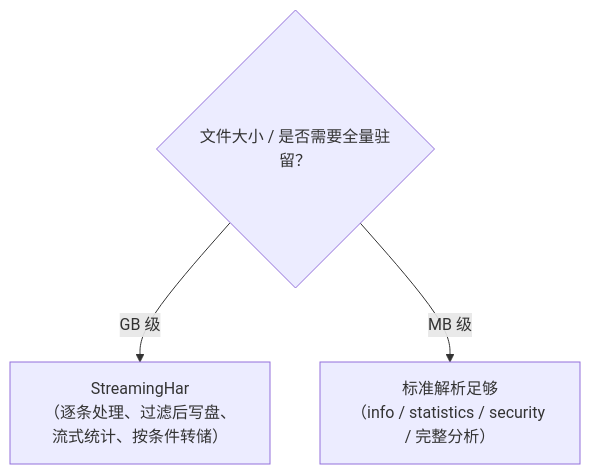
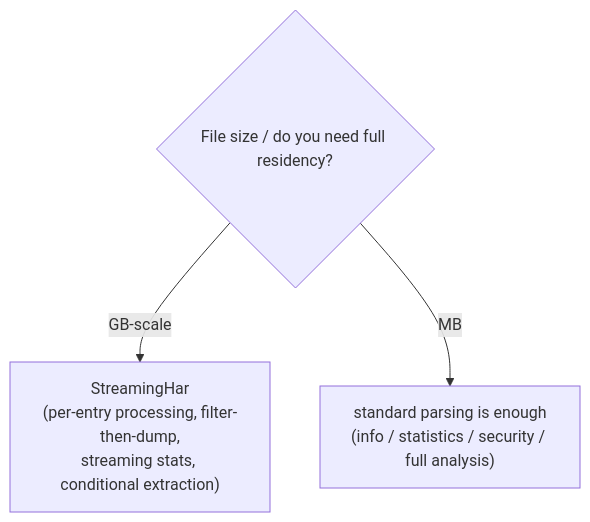
Before and after one commit to hitechcloud-vietnam/har-skills: the third of 3 diagrams in website/zh/internals/streaming.md, drawn with Mermaid. The commit also changed other lines of this file and 97 other files, not shown here.

````diff
--- a/website/zh/internals/streaming.md
+++ b/website/zh/internals/streaming.md
@@ -241,6 +241,6 @@
 ```mermaid
 flowchart TD
-  Q1{"文件大小 / 是否需要全量驻留？"}
-  Q1 -->|"GB 级"| STREAM["StreamingHar<br/>（逐条处理、过滤后写盘、流式统计、按条件转储）"]
-  Q1 -->|"MB 级"| STD["标准解析足够<br/>（info / statistics / security / 完整分析）"]
+  Q1{"File size / do you need full residency?"}
+  Q1 -->|"GB-scale"| STREAM["StreamingHar<br/>(per-entry processing, filter-then-dump,<br/>streaming stats, conditional extraction)"]
+  Q1 -->|"MB"| STD["standard parsing is enough<br/>(info / statistics / security / full analysis)"]
 ```
````
